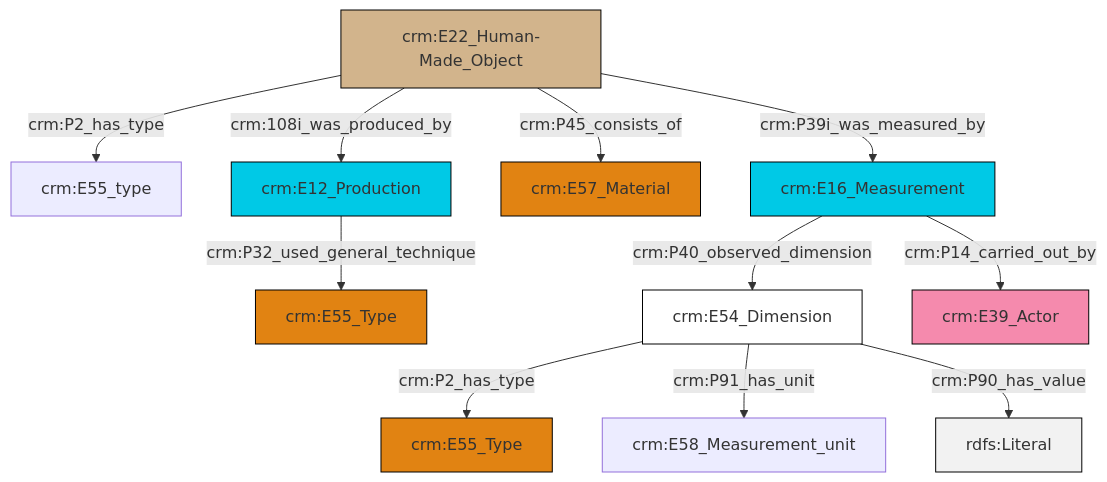
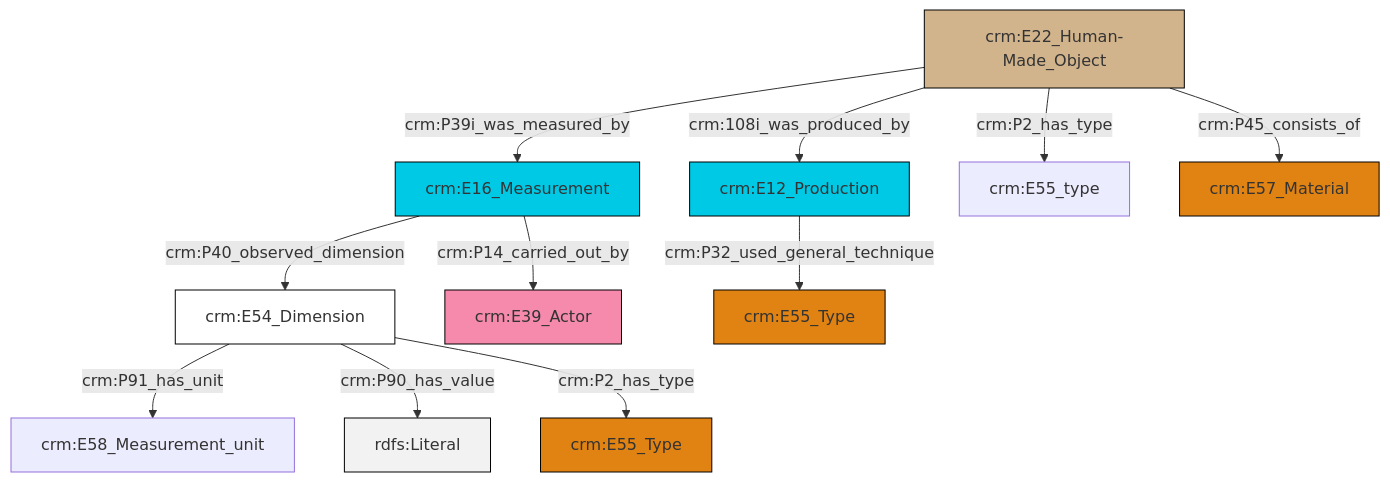
One commit to swiss-art-research-net/docs.swissartresearch changed the diagram in et/artworkCSV/ttl/mmd/Artwork_substance.ttl.mmd. Above: the diagram before and after it, drawn with Mermaid. The commit also changed 180 other files, not shown here.

```diff
--- a/et/artworkCSV/ttl/mmd/Artwork_substance.ttl.mmd
+++ b/et/artworkCSV/ttl/mmd/Artwork_substance.ttl.mmd
@@ -1,25 +1,25 @@
 graph TD
 classDef Literal fill:#f2f2f2,stroke:#000000;
 classDef CRM_Entity fill:#FFFFFF,stroke:#000000;
 classDef Temporal_Entity fill:#00C9E6, stroke:#000000;
 classDef Type fill:#E18312, stroke:#000000;
 classDef Time-Span fill:#2C9C91, stroke:#000000;
 classDef Appellation fill:#FFEB7F, stroke:#000000;
 classDef Place fill:#008836, stroke:#000000;
 classDef Persistent_Item fill:#B266B2, stroke:#000000;
 classDef Conceptual_Object fill:#FFD700, stroke:#000000;
 classDef Physical_Thing fill:#D2B48C, stroke:#000000;
 classDef Actor fill:#f58aad, stroke:#000000;
 classDef PC_Classes fill:#4ce600, stroke:#000000;
 classDef Multi fill:#cccccc,stroke:#000000;
 
-0["crm:E16_Measurement"]:::Temporal_Entity -->|crm:P40_observed_dimension| 1["crm:E54_Dimension"]:::CRM_Entity
-1["crm:E54_Dimension"]:::CRM_Entity -->|crm:P2_has_type| 6["crm:E55_Type"]:::Type
-10["crm:E22_Human-Made_Object"]:::Physical_Thing -->|crm:P2_has_type| 11["crm:E55_type"]:::Default
-10["crm:E22_Human-Made_Object"]:::Physical_Thing -->|crm:108i_was_produced_by| 2["crm:E12_Production"]:::Temporal_Entity
-10["crm:E22_Human-Made_Object"]:::Physical_Thing -->|crm:P45_consists_of| 4["crm:E57_Material"]:::Type
-0["crm:E16_Measurement"]:::Temporal_Entity -->|crm:P14_carried_out_by| 14["crm:E39_Actor"]:::Actor
-1["crm:E54_Dimension"]:::CRM_Entity -->|crm:P91_has_unit| 16["crm:E58_Measurement_unit"]:::Default
-10["crm:E22_Human-Made_Object"]:::Physical_Thing -->|crm:P39i_was_measured_by| 0["crm:E16_Measurement"]:::Temporal_Entity
-2["crm:E12_Production"]:::Temporal_Entity -->|crm:P32_used_general_technique| 8["crm:E55_Type"]:::Type
-1["crm:E54_Dimension"]:::CRM_Entity -->|crm:P90_has_value| 20[rdfs:Literal]:::Literal
+2["crm:E16_Measurement"]:::Temporal_Entity -->|crm:P40_observed_dimension| 3["crm:E54_Dimension"]:::CRM_Entity
+8["crm:E12_Production"]:::Temporal_Entity -->|crm:P32_used_general_technique| 9["crm:E55_Type"]:::Type
+10["crm:E22_Human-Made_Object"]:::Physical_Thing -->|crm:P39i_was_measured_by| 2["crm:E16_Measurement"]:::Temporal_Entity
+10["crm:E22_Human-Made_Object"]:::Physical_Thing -->|crm:P2_has_type| 13["crm:E55_type"]:::Default
+10["crm:E22_Human-Made_Object"]:::Physical_Thing -->|crm:P45_consists_of| 15["crm:E57_Material"]:::Type
+2["crm:E16_Measurement"]:::Temporal_Entity -->|crm:P14_carried_out_by| 6["crm:E39_Actor"]:::Actor
+3["crm:E54_Dimension"]:::CRM_Entity -->|crm:P91_has_unit| 0["crm:E58_Measurement_unit"]:::Default
+3["crm:E54_Dimension"]:::CRM_Entity -->|crm:P90_has_value| 19[rdfs:Literal]:::Literal
+10["crm:E22_Human-Made_Object"]:::Physical_Thing -->|crm:108i_was_produced_by| 8["crm:E12_Production"]:::Temporal_Entity
+3["crm:E54_Dimension"]:::CRM_Entity -->|crm:P2_has_type| 4["crm:E55_Type"]:::Type
```
